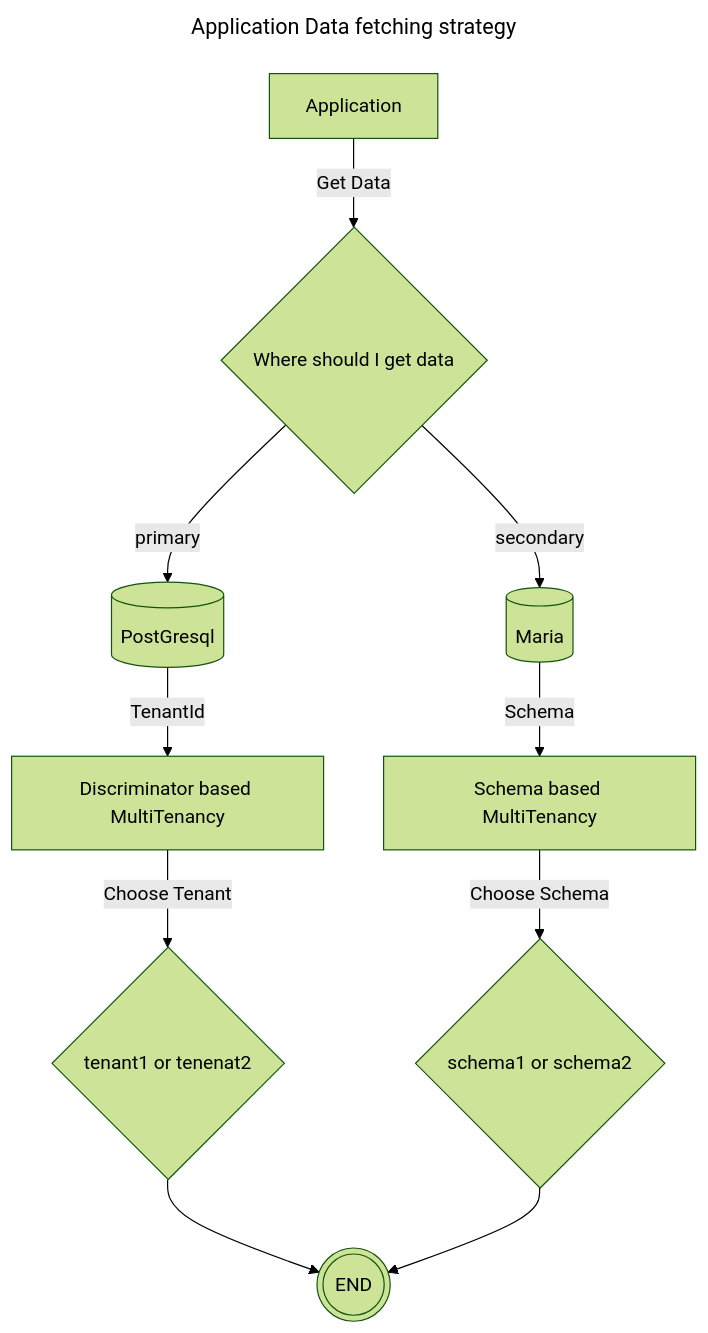
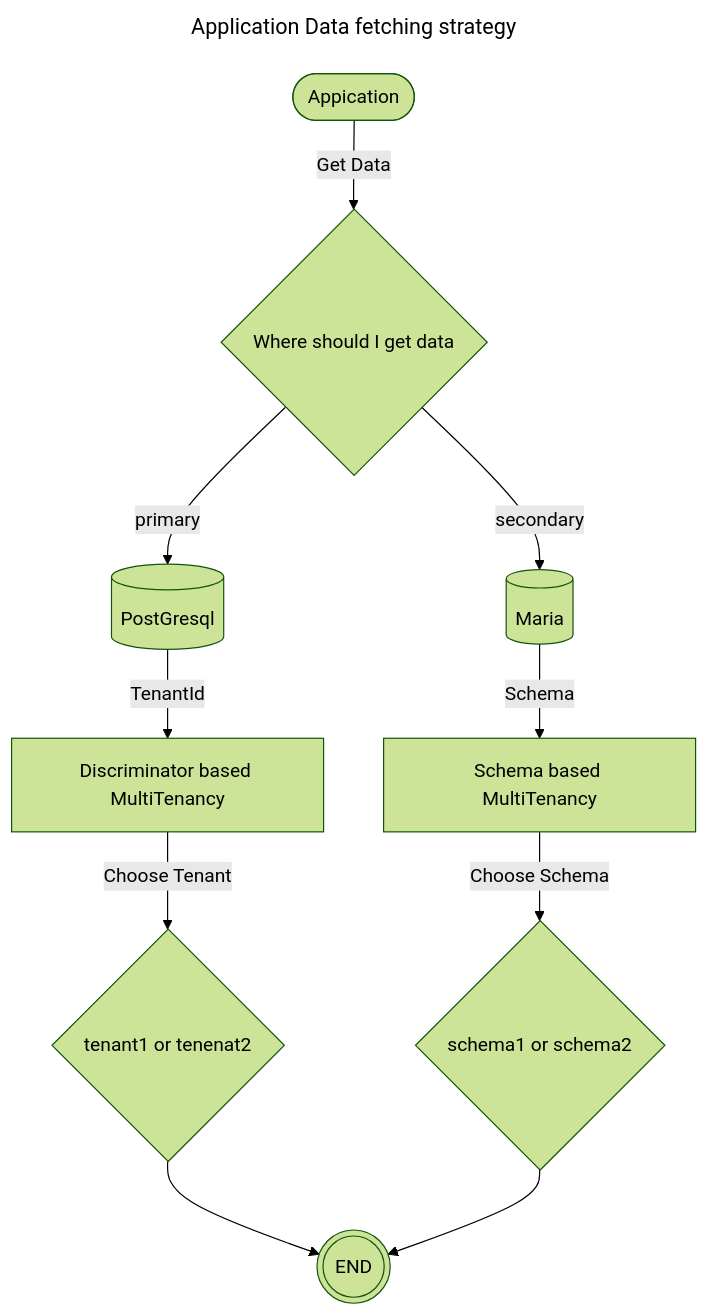
The diagram in jpa/multitenancy/multidatasource-multitenancy/README.md (rajadilipkolli/my-spring-boot-experiments), drawn with Mermaid (forest theme) before and after one commit.

Commit message:
change box style

````diff
--- a/jpa/multitenancy/multidatasource-multitenancy/README.md
+++ b/jpa/multitenancy/multidatasource-multitenancy/README.md
@@ -9,15 +9,15 @@
 ```mermaid
 ---
 title: Application Data fetching strategy
 ---
 flowchart TD
-    A[Application] -->|Get Data| B{Where should I get data}
+    A([Appication]) -->|Get Data| B{Where should I get data}
     B --> |primary| C[(PostGresql)]
     B --> |secondary| D[(Maria)]
     C --> |TenantId| E[Discriminator based MultiTenancy]
     D --> |Schema| F[Schema based MultiTenancy]
     E --> |Choose Tenant |G{tenant1 or tenenat2}
     F --> |Choose Schema |H{schema1 or schema2}
     G --> I(((END)))
     H --> I
 ```
````
